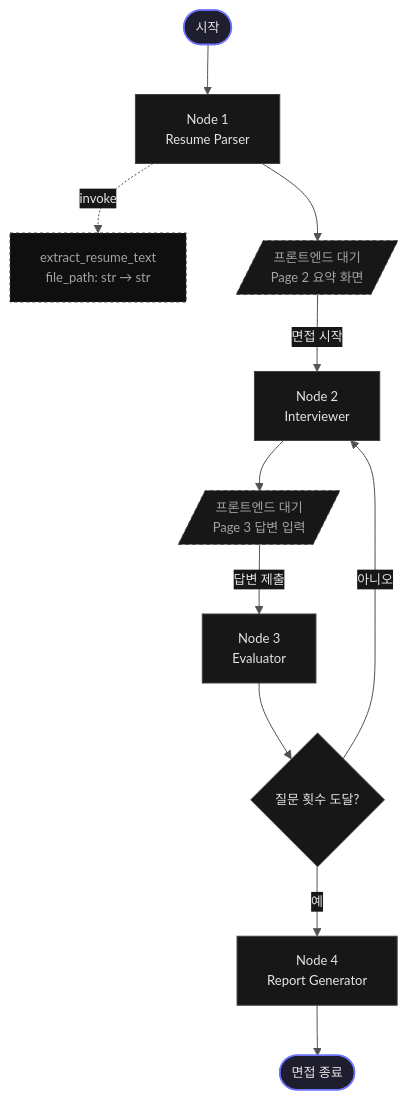
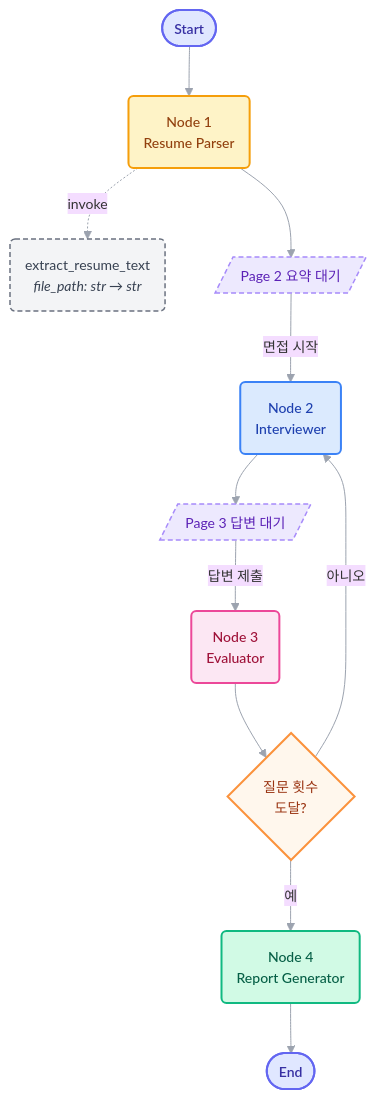
Before and after one commit to Origogi/mock-interview-agent: the diagram in backend/README.md, drawn with Mermaid.

Commit message:
docs(backend): mermaid 파스텔 톤 + 노드별 색상 차별화로 재정비
- 라운드 사각형(`(...)`)을 일반 노드에 적용
- 노드 역할별 파스텔 색상 매핑 (parser=노랑, interviewer=파랑, evaluator=핑크, report=초록)
- start/end은 인디고, check은 오렌지, pause/tool은 점선으로 차별화

````diff
--- a/backend/README.md
+++ b/backend/README.md
@@ -19,35 +19,41 @@
 ```mermaid
 %%{init: {
   'theme': 'base',
   'themeVariables': {
     'fontFamily': 'Inter, system-ui, sans-serif',
-    'fontSize': '13px',
-    'lineColor': '#525252',
-    'primaryColor': '#171717',
-    'primaryTextColor': '#e5e5e5',
-    'primaryBorderColor': '#404040'
+    'fontSize': '14px',
+    'lineColor': '#9ca3af'
   }
 }}%%
-graph TD
-    START([시작]) --> Node1[Node 1<br/>Resume Parser]
+flowchart TD
+    START([Start]):::startEnd
+    Node1(Node 1<br/>Resume Parser):::parser
+    Tool1(extract_resume_text<br/><i>file_path: str → str</i>):::tool
+    Pause1[/Page 2 요약 대기/]:::pause
+    Node2(Node 2<br/>Interviewer):::interviewer
+    Pause2[/Page 3 답변 대기/]:::pause
+    Node3(Node 3<br/>Evaluator):::evaluator
+    Check{질문 횟수<br/>도달?}:::check
+    Node4(Node 4<br/>Report Generator):::report
+    END([End]):::startEnd
 
-    Node1 -.->|invoke| Tool1[extract_resume_text<br/>file_path: str → str]
-    Node1 --> Pause1[/프론트엔드 대기<br/>Page 2 요약 화면/]
+    START --> Node1
+    Node1 -.->|invoke| Tool1
+    Node1 --> Pause1
+    Pause1 -->|면접 시작| Node2
+    Node2 --> Pause2
+    Pause2 -->|답변 제출| Node3
+    Node3 --> Check
+    Check -->|아니오| Node2
+    Check -->|예| Node4
+    Node4 --> END
 
-    Pause1 -->|면접 시작| Node2[Node 2<br/>Interviewer]
-    Node2 --> Pause2[/프론트엔드 대기<br/>Page 3 답변 입력/]
-    Pause2 -->|답변 제출| Node3[Node 3<br/>Evaluator]
-    Node3 --> Check{질문 횟수 도달?}
-
-    Check -->|아니오| Node2
-    Check -->|예| Node4[Node 4<br/>Report Generator]
-    Node4 --> END([면접 종료])
-
-    classDef accent fill:#1e1e2e,stroke:#6e74ff,stroke-width:1.5px,color:#e5e5e5;
-    classDef pause fill:#171717,stroke:#525252,stroke-width:1px,color:#a3a3a3,stroke-dasharray: 4 3;
-    classDef tool fill:#0f0f0f,stroke:#404040,stroke-width:1px,color:#a3a3a3,stroke-dasharray: 3 3;
-
-    class START,END accent;
-    class Pause1,Pause2 pause;
-    class Tool1 tool;
+    classDef startEnd fill:#e0e7ff,stroke:#6366f1,stroke-width:2px,color:#3730a3,font-weight:600;
+    classDef parser fill:#fef3c7,stroke:#f59e0b,stroke-width:2px,color:#92400e,font-weight:500;
+    classDef interviewer fill:#dbeafe,stroke:#3b82f6,stroke-width:2px,color:#1e40af,font-weight:500;
+    classDef evaluator fill:#fce7f3,stroke:#ec4899,stroke-width:2px,color:#9f1239,font-weight:500;
+    classDef report fill:#d1fae5,stroke:#10b981,stroke-width:2px,color:#065f46,font-weight:500;
+    classDef check fill:#fff7ed,stroke:#fb923c,stroke-width:2px,color:#9a3412,font-weight:500;
+    classDef pause fill:#ede9fe,stroke:#a78bfa,stroke-width:1.5px,color:#5b21b6,stroke-dasharray: 5 3;
+    classDef tool fill:#f3f4f6,stroke:#6b7280,stroke-width:1.5px,color:#374151,stroke-dasharray: 5 3;
 ```
````
